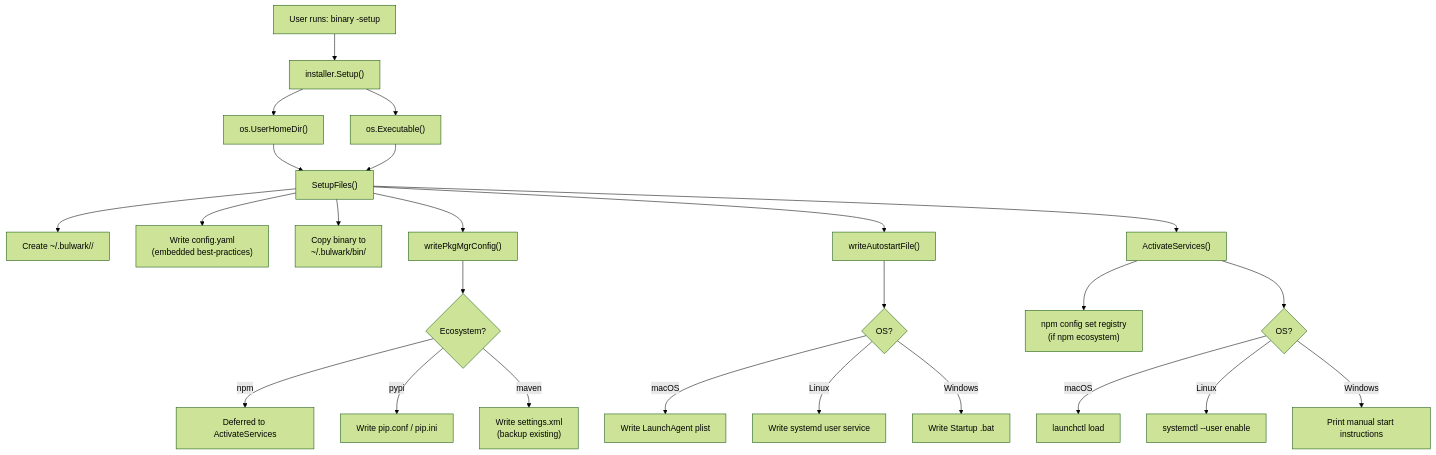
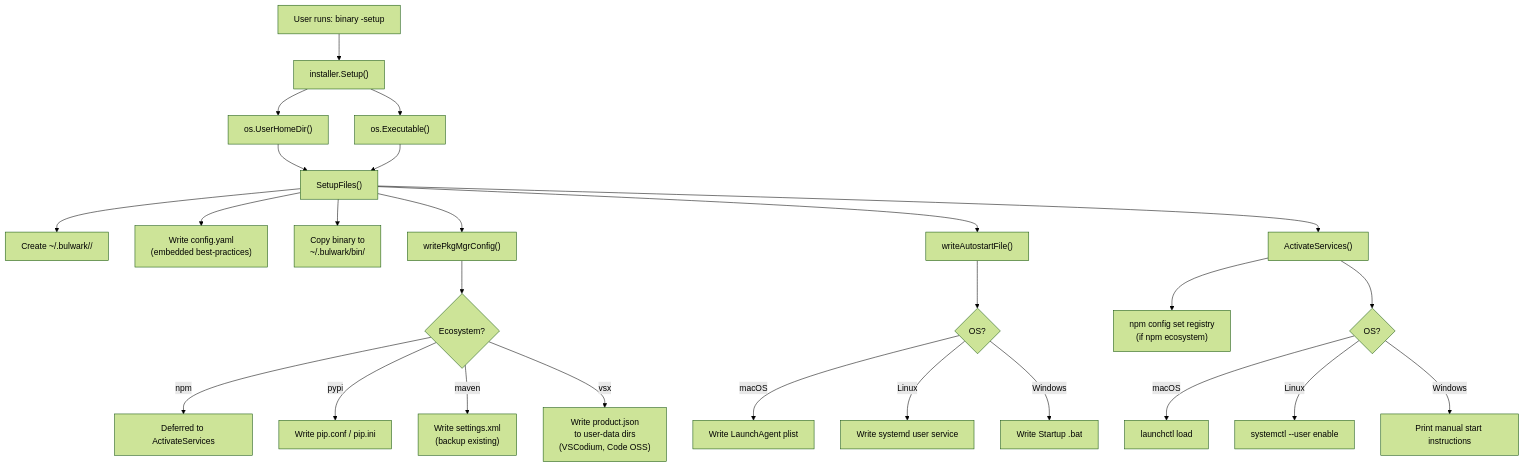
Before and after one commit to Bluewaves54/Bulwark: diagram 22 of 22 in docs/ARCHITECTURE.md, drawn with Mermaid (forest theme). The commit also changed other lines of this file and 56 other files, not shown here.

First line of the commit message:
feat: add vsx-bulwark (VS Code extension marketplace proxy)

````diff
--- a/docs/ARCHITECTURE.md
+++ b/docs/ARCHITECTURE.md
@@ -802,27 +896,28 @@
 ```mermaid
 flowchart TD
     A["User runs: binary -setup"] --> B["installer.Setup()"]
     B --> C["os.UserHomeDir()"]
     B --> D["os.Executable()"]
     C --> E["SetupFiles()"]
     D --> E
     E --> F["Create ~/.bulwark/<ecosystem>/"]
     E --> G["Write config.yaml\n(embedded best-practices)"]
     E --> H["Copy binary to\n~/.bulwark/bin/"]
     E --> I["writePkgMgrConfig()"]
     E --> J["writeAutostartFile()"]
     I --> K{"Ecosystem?"}
     K -->|npm| L["Deferred to ActivateServices"]
     K -->|pypi| M["Write pip.conf / pip.ini"]
     K -->|maven| N["Write settings.xml\n(backup existing)"]
+    K -->|vsx| NA["Write product.json\nto user-data dirs\n(VSCodium, Code OSS)"]
     J --> O{"OS?"}
     O -->|macOS| P["Write LaunchAgent plist"]
     O -->|Linux| Q["Write systemd user service"]
     O -->|Windows| R["Write Startup .bat"]
     E --> S["ActivateServices()"]
     S --> T["npm config set registry\n(if npm ecosystem)"]
     S --> U{"OS?"}
     U -->|macOS| V["launchctl load"]
     U -->|Linux| W["systemctl --user enable"]
     U -->|Windows| X["Print manual start instructions"]
 ```
````
